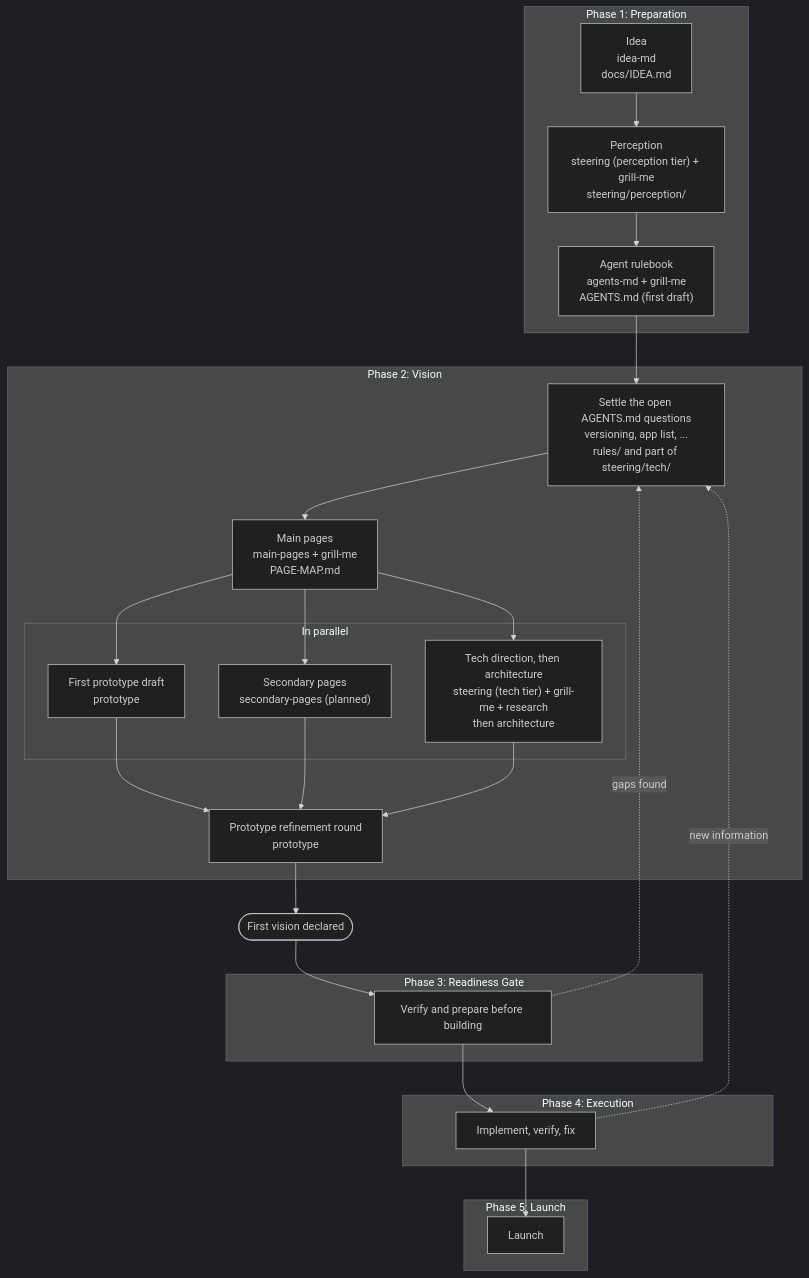
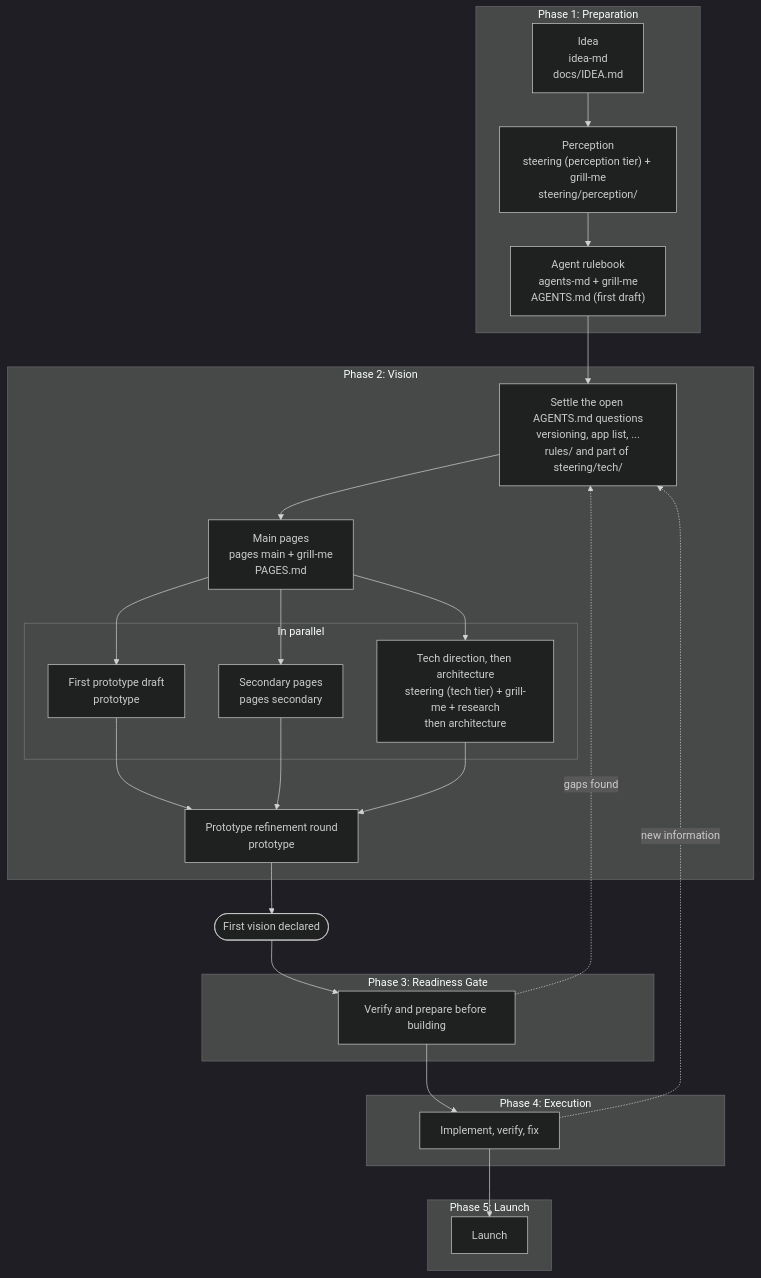
The diagram in skills/insource/Groups/Viber/LIFECYCLE.md (alaamer12/Agent), drawn with Mermaid (dark theme) before and after one commit. The commit also changed other lines of this file and 107 other files, not shown here.

````diff
--- a/skills/insource/Groups/Viber/LIFECYCLE.md
+++ b/skills/insource/Groups/Viber/LIFECYCLE.md
@@ -11,41 +11,41 @@
 ```mermaid
 flowchart TD
     subgraph P1["Phase 1: Preparation"]
         A["Idea<br/>idea-md<br/>docs/IDEA.md"]
         B["Perception<br/>steering (perception tier) + grill-me<br/>steering/perception/"]
         C["Agent rulebook<br/>agents-md + grill-me<br/>AGENTS.md (first draft)"]
         A --> B --> C
     end
 
     subgraph P2["Phase 2: Vision"]
         D["Settle the open AGENTS.md questions<br/>versioning, app list, ...<br/>rules/ and part of steering/tech/"]
-        E["Main pages<br/>main-pages + grill-me<br/>PAGE-MAP.md"]
+        E["Main pages<br/>pages main + grill-me<br/>PAGES.md"]
         subgraph PAR["In parallel"]
             F["First prototype draft<br/>prototype"]
-            G["Secondary pages<br/>secondary-pages (planned)"]
+            G["Secondary pages<br/>pages secondary"]
             H["Tech direction, then architecture<br/>steering (tech tier) + grill-me + research<br/>then architecture"]
         end
         I["Prototype refinement round<br/>prototype"]
         D --> E --> F & G & H
         F & G & H --> I
     end
 
     V(["First vision declared"])
 
     subgraph P3["Phase 3: Readiness Gate"]
         K["Verify and prepare before building"]
     end
 
     subgraph P4["Phase 4: Execution"]
         L["Implement, verify, fix"]
     end
 
     subgraph P5["Phase 5: Launch"]
         M["Launch"]
     end
 
     C --> D
     I --> V --> K --> L --> M
     K -. "gaps found" .-> D
     L -. "new information" .-> D
 ```
````
